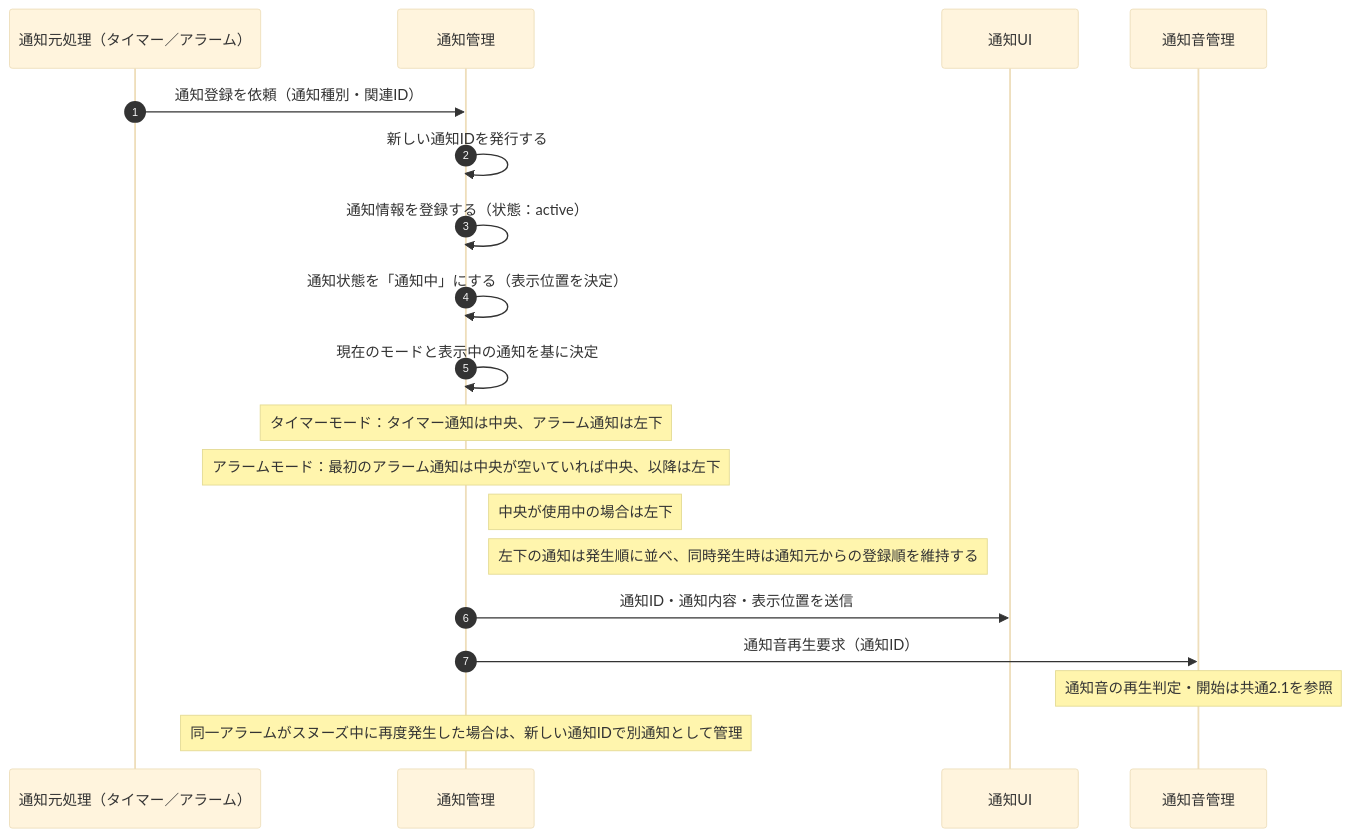
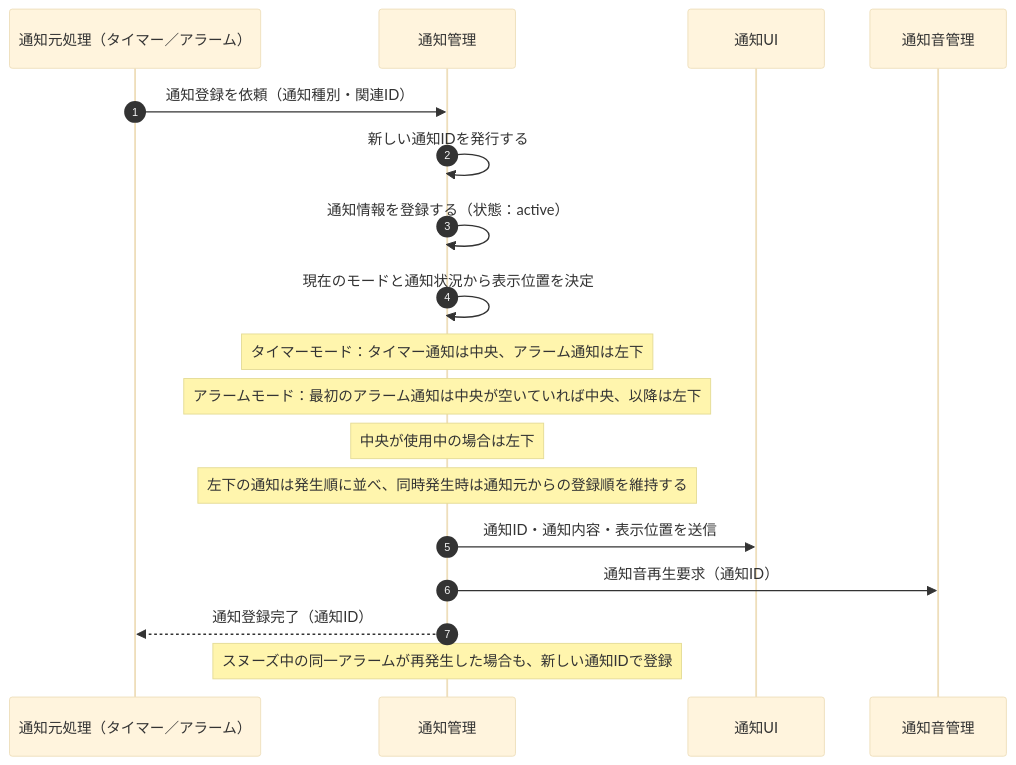
The first of 7 diagrams in document/設計/シーケンス図/共通シーケンス図.md (shun62201234-crypto/timerApplication), drawn with Mermaid (base theme) before and after one commit. The commit also changed other lines of this file and 2 other files, not shown here.

First line of the commit message:
シーケンス図を修正（共通・アラーム・タイマー）

````diff
--- a/document/設計/シーケンス図/共通シーケンス図.md
+++ b/document/設計/シーケンス図/共通シーケンス図.md
@@ -4,25 +4,24 @@
 ```mermaid
 sequenceDiagram
     autonumber
     participant Source as 通知元処理（タイマー／アラーム）
     participant Notify as 通知管理
     participant UI as 通知UI
     participant Audio as 通知音管理
 
     Source->>Notify: 通知登録を依頼（通知種別・関連ID）
     Notify->>Notify: 新しい通知IDを発行する
     Notify->>Notify: 通知情報を登録する（状態：active）
-    Notify->>Notify: 通知状態を「通知中」にする（表示位置を決定）
+    Notify->>Notify: 現在のモードと通知状況から表示位置を決定
 
-    Notify->>Notify: 現在のモードと表示中の通知を基に決定
     Note over Notify: タイマーモード：タイマー通知は中央、アラーム通知は左下
     Note over Notify: アラームモード：最初のアラーム通知は中央が空いていれば中央、以降は左下
-    Note right of Notify: 中央が使用中の場合は左下
-    Note right of Notify: 左下の通知は発生順に並べ、同時発生時は通知元からの登録順を維持する
+    Note over Notify: 中央が使用中の場合は左下
+    Note over Notify: 左下の通知は発生順に並べ、同時発生時は通知元からの登録順を維持する
 
     Notify->>UI: 通知ID・通知内容・表示位置を送信
     Notify->>Audio: 通知音再生要求（通知ID）
-    Note over Audio: 通知音の再生判定・開始は共通2.1を参照
+    Notify-->>Source: 通知登録完了（通知ID）
 
-    Note over Notify: 同一アラームがスヌーズ中に再度発生した場合は、新しい通知IDで別通知として管理
+    Note over Notify: スヌーズ中の同一アラームが再発生した場合も、新しい通知IDで登録
 ```
````
